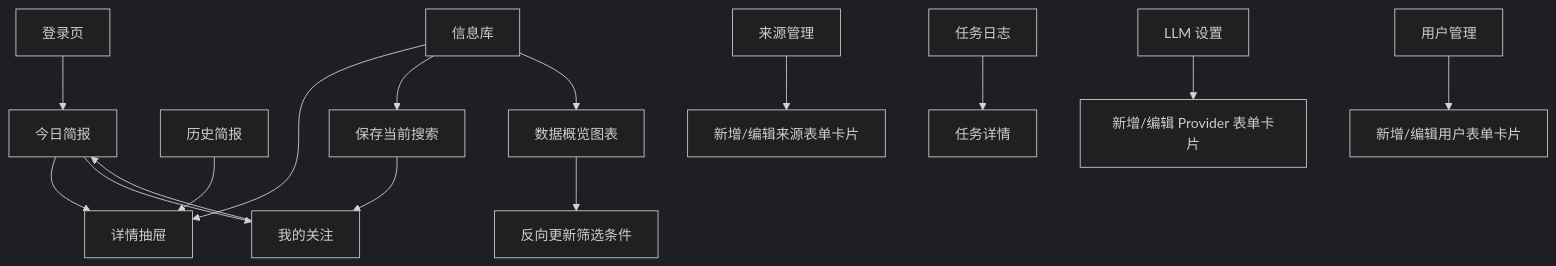
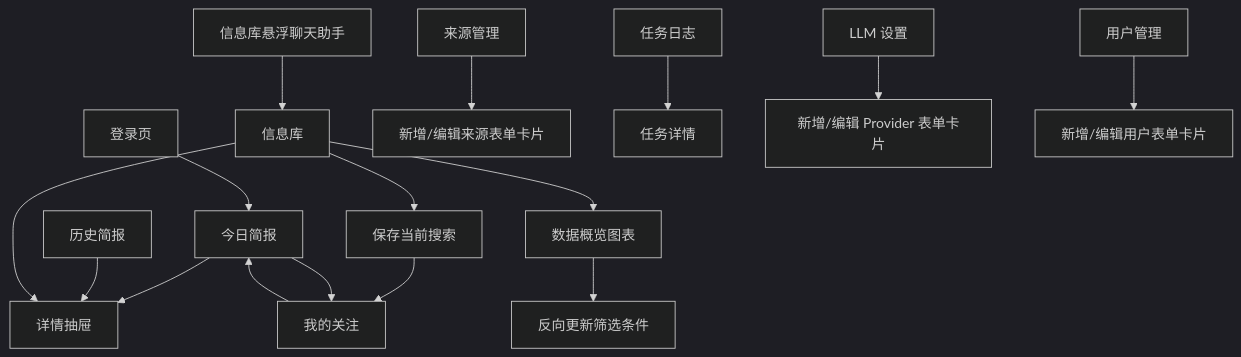
One commit to ZJM189/Daily_News changed the first of 11 diagrams in docs/product/page-flow.md. Above: the diagram before and after it, drawn with Mermaid (dark theme). The commit also changed other lines of this file and 41 other files, not shown here.

Commit message:
Add library chat assistant

````diff
--- a/docs/product/page-flow.md
+++ b/docs/product/page-flow.md
@@ -20,17 +24,18 @@
 ```mermaid
 flowchart TD
     Login[登录页] --> Today[今日简报]
     Today --> Detail[详情抽屉]
     History[历史简报] --> Detail
     Library[信息库] --> Detail
+    FloatingChat[信息库悬浮聊天助手] --> Library
     Library --> SaveSearch[保存当前搜索]
     Library --> Analytics[数据概览图表]
     Analytics --> LibraryFilter[反向更新筛选条件]
     SaveSearch --> Following[我的关注]
     Today --> Following
     Following --> Today
     AdminSources[来源管理] --> SourceForm[新增/编辑来源表单卡片]
     AdminJobs[任务日志] --> JobDetail[任务详情]
     AdminLLM[LLM 设置] --> LLMForm[新增/编辑 Provider 表单卡片]
     AdminUsers[用户管理] --> UserForm[新增/编辑用户表单卡片]
 ```
````
